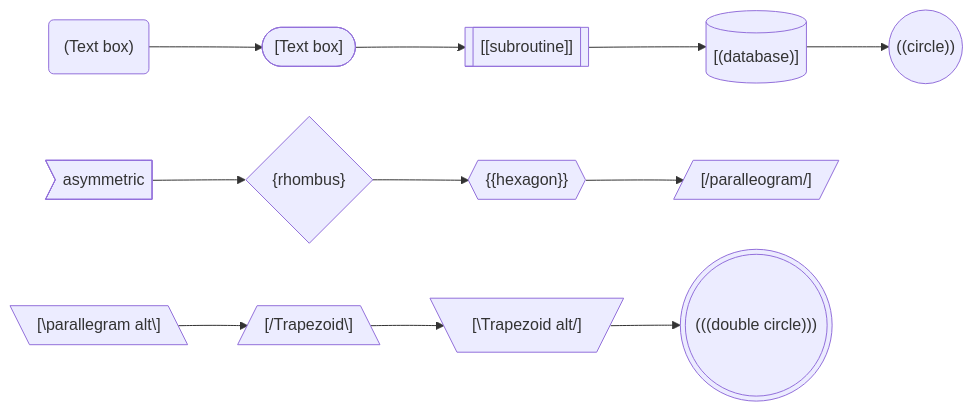
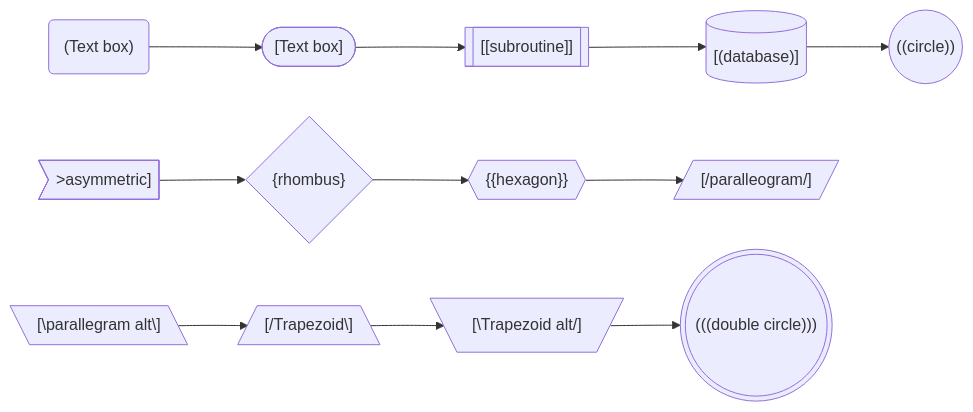
The diagram in mods/service/httpd/test/test_markdown_mermaid.md (machbase/neo-server), drawn with Mermaid before and after one commit. The commit also changed other lines of this file and 102 other files, not shown here.

Commit message:
fix mermaid error

````diff
--- a/mods/service/httpd/test/test_markdown_mermaid.md
+++ b/mods/service/httpd/test/test_markdown_mermaid.md
@@ -5,15 +4,15 @@
 ```mermaid
 flowchart LR
-    id1("(Text box)") --> id2(["[Text box]"]) 
-    id2 --> id3[["[[subroutine]]"]]
-    id3 --> id4[("[(database)]")]
-    id4 --> id5(("((circle))"))
+  id1("(Text box)") --> id2(["[Text box]"]) 
+  id2 --> id3[["[[subroutine]]"]]
+  id3 --> id4[("[(database)]")]
+  id4 --> id5(("((circle))"))
 
-    id6>asymmetric] --> id7{"{rhombus}"}
-    id7 --> id8{{"{{hexagon}}"}}
-    id8 --> id9[/"[/paralleogram/]"/]
+  id6>">asymmetric]"] --> id7{"{rhombus}"}
+  id7 --> id8{{"{{hexagon}}"}}
+  id8 --> id9[/"[/paralleogram/]"/]
 
-    idA[\"[\parallegram alt\]"\] --> idB[/"[/Trapezoid\]"\]
-    idB -->idC[\"[\Trapezoid alt/]"/]
-    idC -->idD((("(((double circle)))")))
+  idA[\"[\parallegram alt\]"\] --> idB[/"[/Trapezoid\]"\]
+  idB -->idC[\"[\Trapezoid alt/]"/]
+  idC -->idD((("(((double circle)))")))
 ```
````
